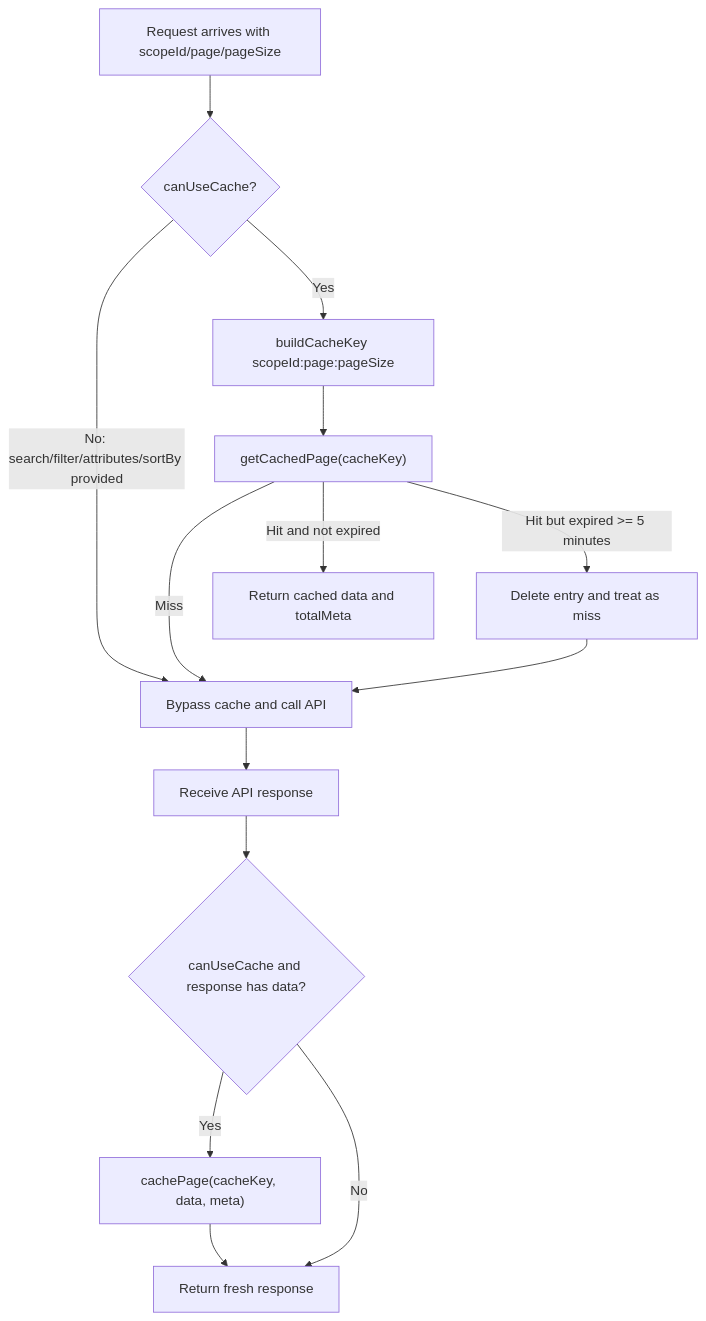
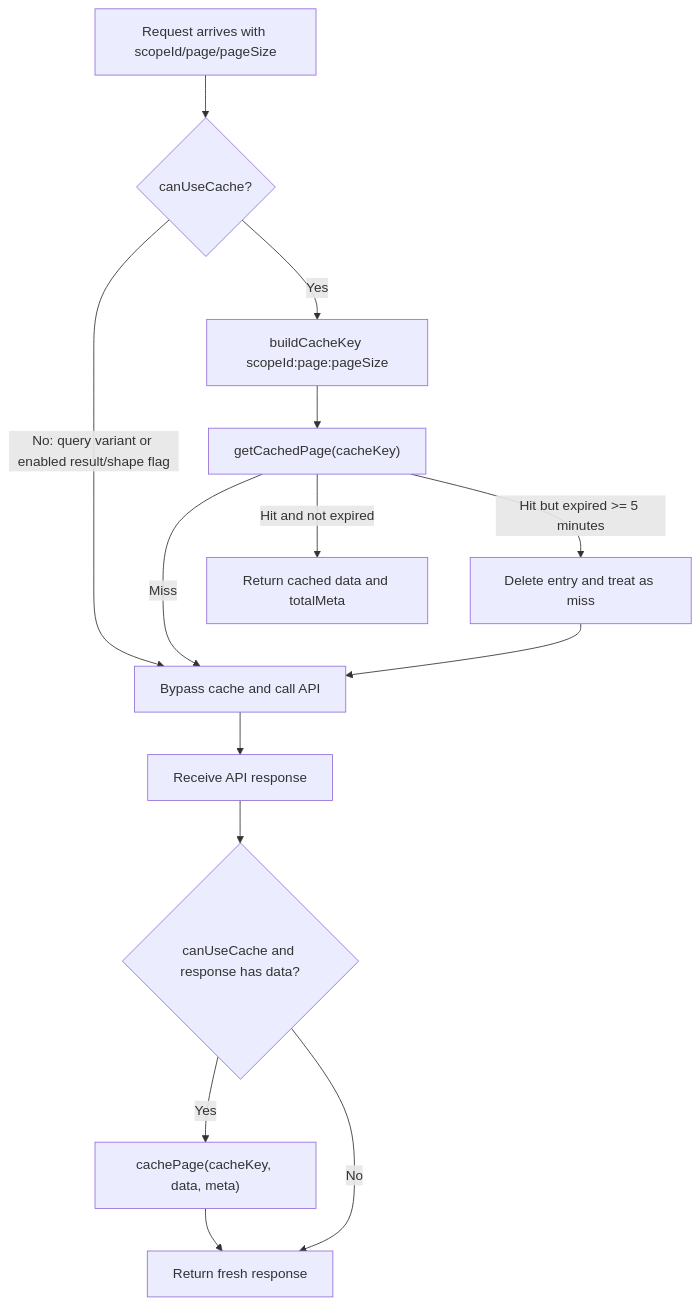
Before and after one commit to webex/webex-js-sdk: the fifth of 6 diagrams in packages/@webex/contact-center/src/utils/ai-docs/utils-spec.md, drawn with Mermaid. The commit also changed other lines of this file and 45 other files, not shown here.

````diff
--- a/packages/@webex/contact-center/src/utils/ai-docs/utils-spec.md
+++ b/packages/@webex/contact-center/src/utils/ai-docs/utils-spec.md
@@ -251,16 +259,16 @@
 ```mermaid
 graph TD
   A[Request arrives with scopeId/page/pageSize] --> B{canUseCache?}
-  B -->|No: search/filter/attributes/sortBy provided| C[Bypass cache and call API]
+  B -->|No: query variant or enabled result/shape flag| C[Bypass cache and call API]
   B -->|Yes| D[buildCacheKey scopeId:page:pageSize]
   D --> E["getCachedPage(cacheKey)"]
   E -->|Miss| C
   E -->|Hit and not expired| F[Return cached data and totalMeta]
   E -->|Hit but expired >= 5 minutes| G[Delete entry and treat as miss]
   G --> C
   C --> H[Receive API response]
   H --> K{canUseCache and response has data?}
   K -->|Yes| I["cachePage(cacheKey, data, meta)"]
   K -->|No| J[Return uncached response]
   I --> J[Return fresh response]
 ```
````
